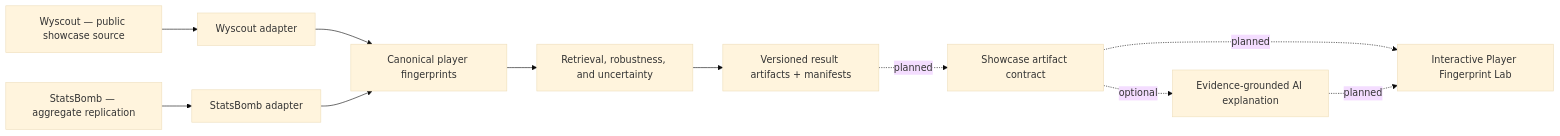
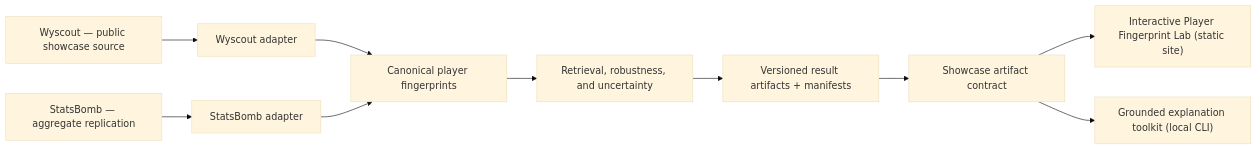
Before and after one commit to grunobuide/scoutlens: the diagram in README.md, drawn with Mermaid (base theme). The commit also changed other lines of this file and 9 other files, not shown here.

````diff
--- a/README.md
+++ b/README.md
@@ -65,13 +67,12 @@
 ```mermaid
 flowchart LR
     W["Wyscout — public showcase source"] --> WA["Wyscout adapter"]
     S["StatsBomb — aggregate replication"] --> SA["StatsBomb adapter"]
     WA --> F["Canonical player fingerprints"]
     SA --> F
     F --> E["Retrieval, robustness, and uncertainty"]
     E --> R["Versioned result artifacts + manifests"]
-    R -. planned .-> X["Showcase artifact contract"]
-    X -. planned .-> UI["Interactive Player Fingerprint Lab"]
-    X -. optional .-> AI["Evidence-grounded AI explanation"]
-    AI -. planned .-> UI
+    R --> X["Showcase artifact contract"]
+    X --> UI["Interactive Player Fingerprint Lab (static site)"]
+    X --> AI["Grounded explanation toolkit (local CLI)"]
 ```
````
